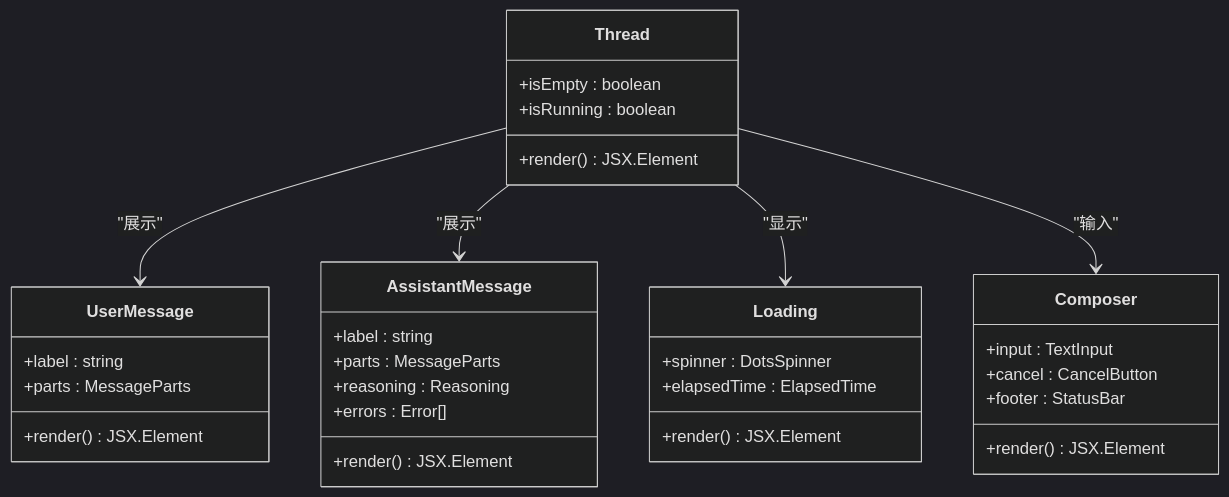
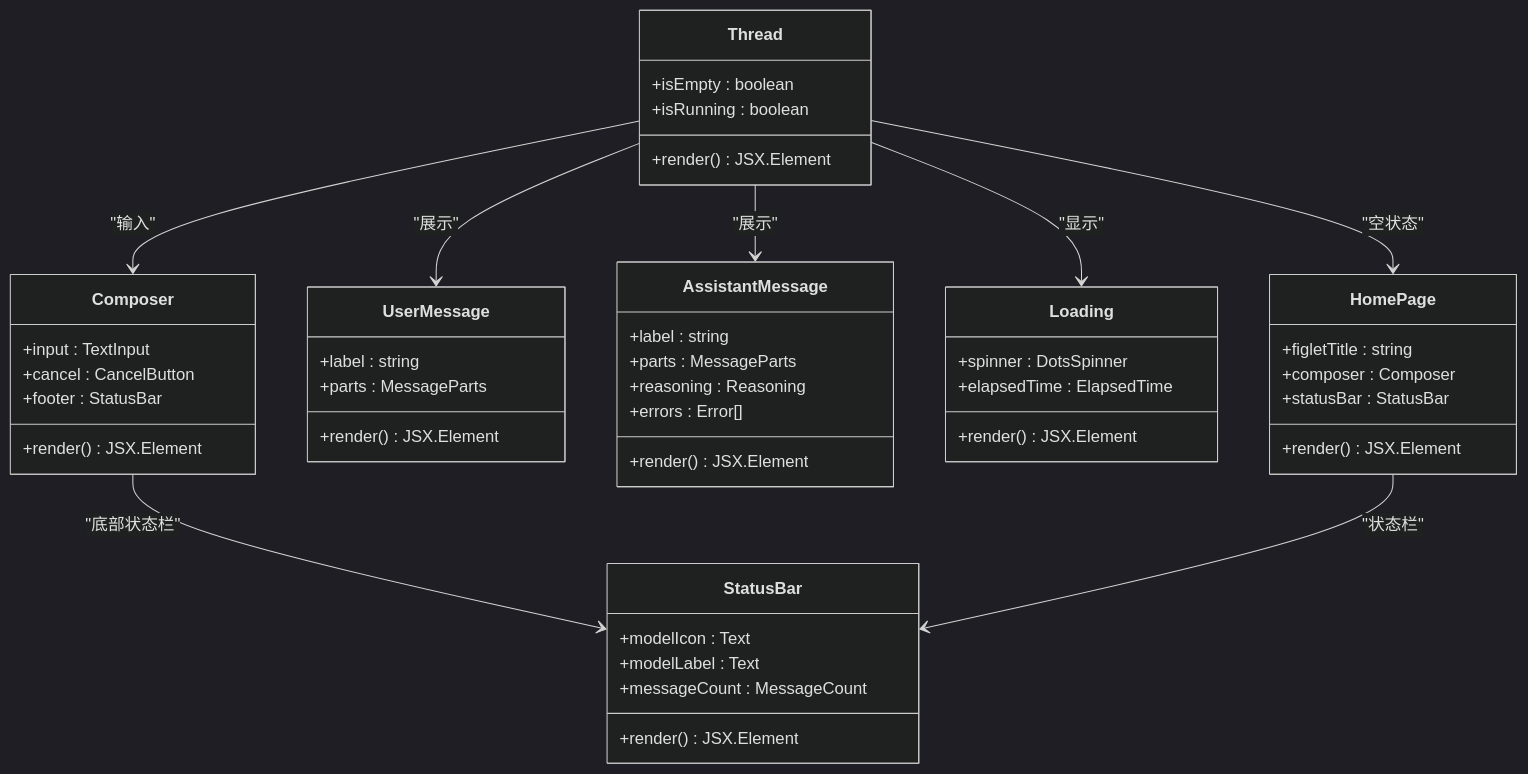
The third of 11 diagrams in .qoder/repowiki/zh/content/核心架构/React 终端 UI 组件.md (HAOFUYANG/onion-code), drawn with Mermaid (dark theme) before and after one commit. The commit also changed other lines of this file and 32 other files, not shown here.

````diff
--- a/.qoder/repowiki/zh/content/核心架构/React 终端 UI 组件.md
+++ b/.qoder/repowiki/zh/content/核心架构/React 终端 UI 组件.md
@@ -127,35 +147,50 @@
 ```mermaid
 classDiagram
 class Thread {
 +isEmpty : boolean
 +isRunning : boolean
++render() JSX.Element
+}
+class HomePage {
++figletTitle : string
++composer : Composer
++statusBar : StatusBar
 +render() JSX.Element
 }
 class UserMessage {
 +label : string
 +parts : MessageParts
 +render() JSX.Element
 }
 class AssistantMessage {
 +label : string
 +parts : MessageParts
 +reasoning : Reasoning
 +errors : Error[]
 +render() JSX.Element
 }
 class Loading {
 +spinner : DotsSpinner
 +elapsedTime : ElapsedTime
 +render() JSX.Element
 }
 class Composer {
 +input : TextInput
 +cancel : CancelButton
 +footer : StatusBar
 +render() JSX.Element
 }
+class StatusBar {
++modelIcon : Text
++modelLabel : Text
++messageCount : MessageCount
++render() JSX.Element
+}
+Thread --> HomePage : "空状态"
 Thread --> UserMessage : "展示"
 Thread --> AssistantMessage : "展示"
 Thread --> Loading : "显示"
 Thread --> Composer : "输入"
+Composer --> StatusBar : "底部状态栏"
+HomePage --> StatusBar : "状态栏"
 ```
````
